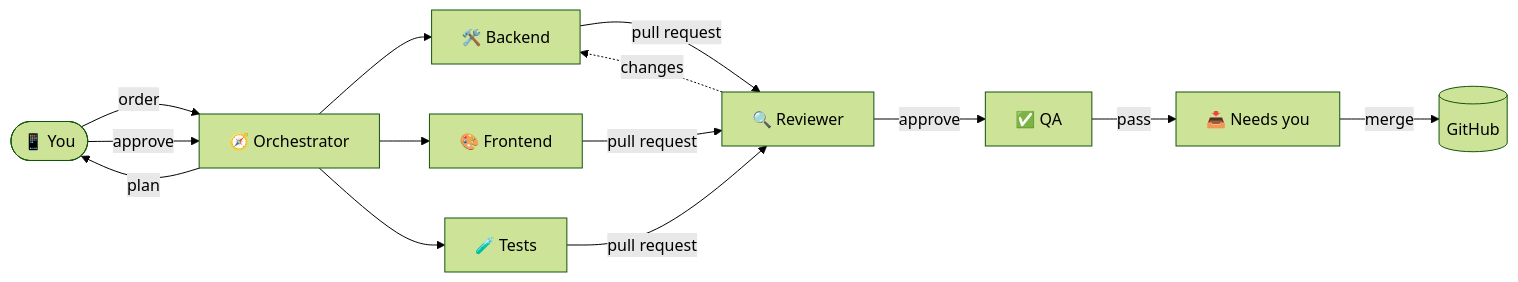
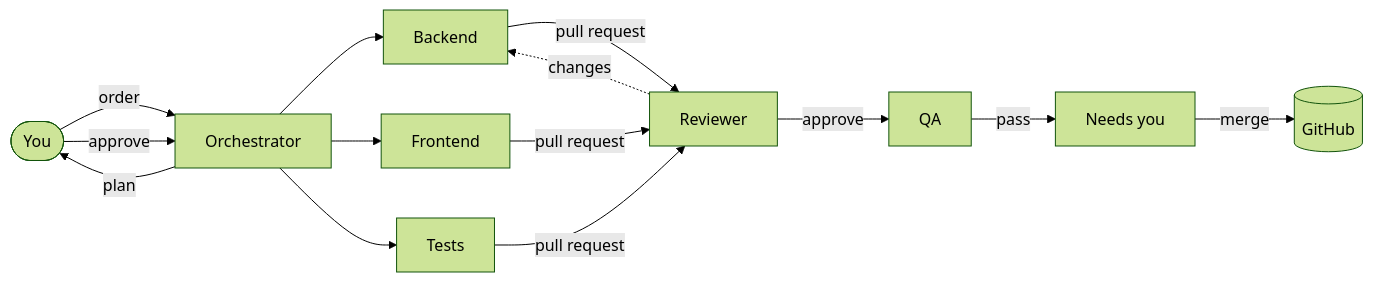
Before and after one commit to DewashishCodes/agent-office: the diagram in README.md, drawn with Mermaid (forest theme). The commit also changed other lines of this file and 1 other file, not shown here.

````diff
--- a/README.md
+++ b/README.md
@@ -43,14 +41,14 @@
 ```mermaid
 flowchart LR
-    You(["📱 You"]) -->|order| Lead["🧭 Orchestrator"]
+    You(["You"]) -->|order| Lead["Orchestrator"]
     Lead -->|plan| You
     You -->|approve| Lead
-    Lead --> A["🛠️ Backend"]
-    Lead --> B["🎨 Frontend"]
-    Lead --> C["🧪 Tests"]
-    A & B & C -->|pull request| R["🔍 Reviewer"]
-    R -->|approve| Q["✅ QA"]
+    Lead --> A["Backend"]
+    Lead --> B["Frontend"]
+    Lead --> C["Tests"]
+    A & B & C -->|pull request| R["Reviewer"]
+    R -->|approve| Q["QA"]
     R -.->|changes| A
-    Q -->|pass| Inbox["📥 Needs you"]
+    Q -->|pass| Inbox["Needs you"]
     Inbox -->|merge| GH[("GitHub")]
 ```
````
